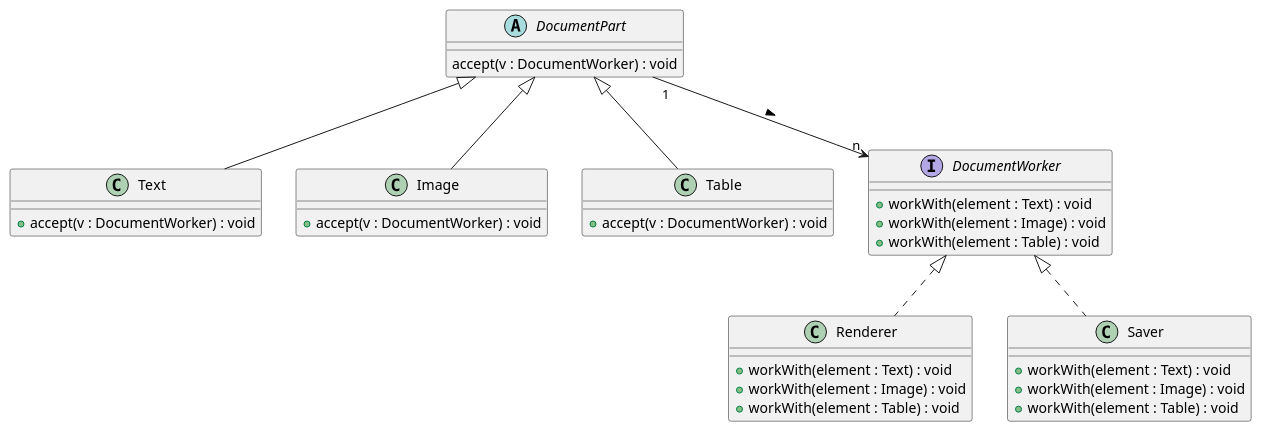
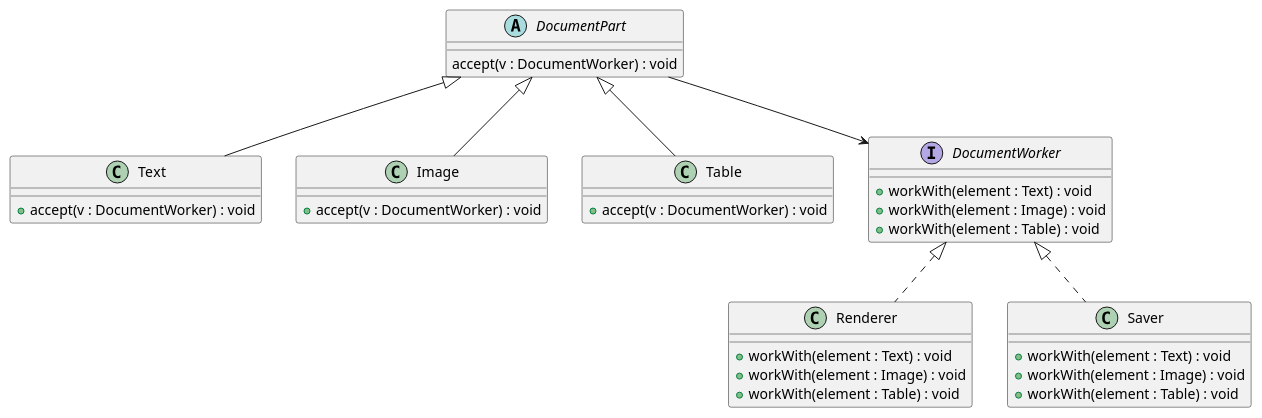
Before and after one commit to Dungeon-CampusMinden/Dungeon: the diagram in dojo-dungeon/todo-assets/Fragen_Pattern/UML_Klassendiagramm7_source.pu, drawn with PlantUML. The commit also changed 9 other files, not shown here.

First line of the commit message:
Diagrams adapted according to the lecture and the English Wikipedia article, and class comments and multiplicities removed:

```diff
--- a/dojo-dungeon/todo-assets/Fragen_Pattern/UML_Klassendiagramm7_source.pu
+++ b/dojo-dungeon/todo-assets/Fragen_Pattern/UML_Klassendiagramm7_source.pu
@@ -1,39 +1,39 @@
 @startuml UML_Klassendiagramm7.png
 ' Abstrakte Klassen
 abstract class DocumentPart {
     accept(v : DocumentWorker) : void
 }
 
 ' Konkrete Klassen
 class Text extends DocumentPart {
     +accept(v : DocumentWorker) : void
 }
 class Image extends DocumentPart {
     +accept(v : DocumentWorker) : void
 }
 class Table extends DocumentPart {
     +accept(v : DocumentWorker) : void
 }
 
 ' Interface Klassen
 interface DocumentWorker {
     +workWith(element : Text) : void
     +workWith(element : Image) : void
     +workWith(element : Table) : void
 }
 
 ' Konkrete Klassen
 class Renderer implements DocumentWorker {
     +workWith(element : Text) : void
     +workWith(element : Image) : void
     +workWith(element : Table) : void
 }
 class Saver implements DocumentWorker {
     +workWith(element : Text) : void
     +workWith(element : Image) : void
     +workWith(element : Table) : void
 }
 
 ' Assoziationen
-DocumentPart "1" --> "n" DocumentWorker : >
+DocumentPart --> DocumentWorker
 @enduml
```
